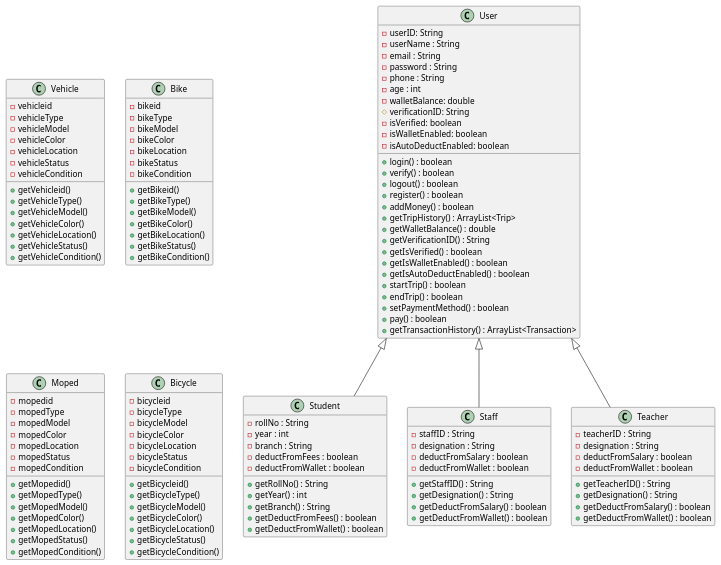
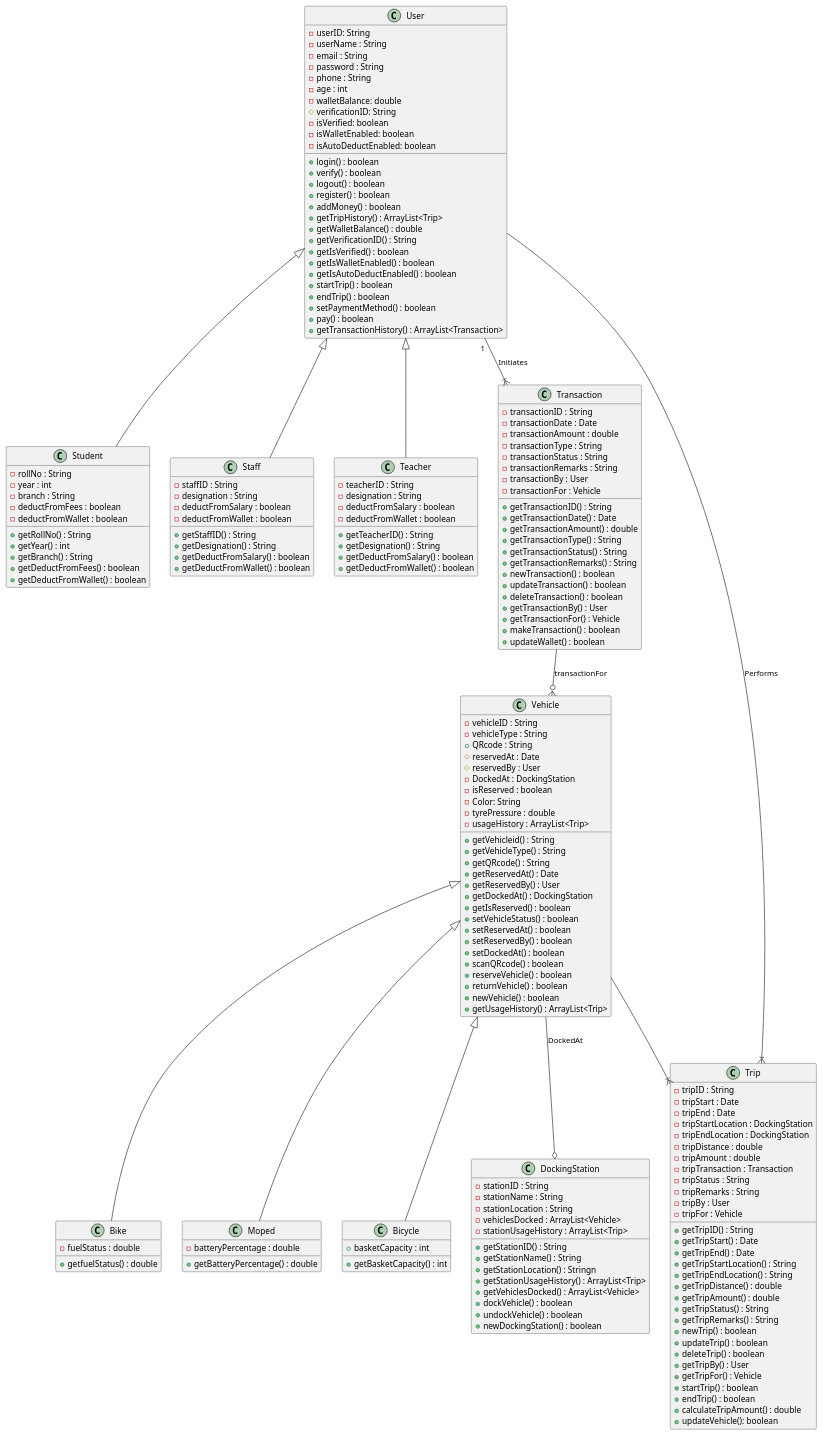
Before and after one commit to ROHIT32767/Smart-Vehicle-Booking-System: the diagram in A1.puml, drawn with PlantUML.

Commit message:
Refactor vehicle classes and add new classes for docking station, transaction, and trip

```diff
--- a/A1.puml
+++ b/A1.puml
@@ -40,129 +40,186 @@
 @startuml
 class User{
     - userID: String 
     - userName : String
     - email : String
     - password : String
     - phone : String
     - age : int
     - walletBalance: double
     # verificationID: String
     - isVerified: boolean
     - isWalletEnabled: boolean
     - isAutoDeductEnabled: boolean
     +login() : boolean
     +verify() : boolean
     +logout() : boolean
     +register() : boolean
     +addMoney() : boolean
     +getTripHistory() : ArrayList<Trip>
     +getWalletBalance() : double
     +getVerificationID() : String
     +getIsVerified() : boolean
     +getIsWalletEnabled() : boolean
     +getIsAutoDeductEnabled() : boolean
     +startTrip() : boolean
     +endTrip() : boolean
     +setPaymentMethod() : boolean
     +pay() : boolean
     +getTransactionHistory() : ArrayList<Transaction>
 }
 class Student extends User{
     - rollNo : String
     - year : int
     - branch : String
     - deductFromFees : boolean
     - deductFromWallet : boolean
     +getRollNo() : String
     +getYear() : int
     +getBranch() : String
     +getDeductFromFees() : boolean
     +getDeductFromWallet() : boolean
 }
 class Staff extends User{
     - staffID : String
     - designation : String
     - deductFromSalary : boolean
     - deductFromWallet : boolean
     +getStaffID() : String
     +getDesignation() : String
     +getDeductFromSalary() : boolean
     +getDeductFromWallet() : boolean
 }
 class Teacher extends User{
     - teacherID : String
     - designation : String
     - deductFromSalary : boolean
     - deductFromWallet : boolean
     +getTeacherID() : String
     +getDesignation() : String
     +getDeductFromSalary() : boolean
     +getDeductFromWallet() : boolean
 }
+
 class Vehicle{
-    -vehicleid
-    -vehicleType
-    -vehicleModel
-    -vehicleColor
-    -vehicleLocation
-    -vehicleStatus
-    -vehicleCondition
-    +getVehicleid()
-    +getVehicleType()
-    +getVehicleModel()
-    +getVehicleColor()
-    +getVehicleLocation()
-    +getVehicleStatus()
-    +getVehicleCondition()
+    -vehicleID : String
+    -vehicleType : String
+    + QRcode : String
+    # reservedAt : Date
+    # reservedBy : User
+    - DockedAt : DockingStation
+    - isReserved : boolean
+    - Color: String
+    - tyrePressure : double
+    - usageHistory : ArrayList<Trip>
+    +getVehicleid() : String
+    +getVehicleType() : String
+    +getQRcode() : String
+    +getReservedAt() : Date
+    +getReservedBy() : User
+    +getDockedAt() : DockingStation
+    +getIsReserved() : boolean
+    +setVehicleStatus() : boolean
+    +setReservedAt() : boolean
+    +setReservedBy() : boolean
+    +setDockedAt() : boolean
+    +scanQRcode() : boolean
+    +reserveVehicle() : boolean
+    +returnVehicle() : boolean
+    +newVehicle() : boolean
+    +getUsageHistory() : ArrayList<Trip>
 }
-class Bike{
-    -bikeid
-    -bikeType
-    -bikeModel
-    -bikeColor
-    -bikeLocation
-    -bikeStatus
-    -bikeCondition
-    +getBikeid()
-    +getBikeType()
-    +getBikeModel()
-    +getBikeColor()
-    +getBikeLocation()
-    +getBikeStatus()
-    +getBikeCondition()
+class Bike extends Vehicle{
+    - fuelStatus : double
+    + getfuelStatus() : double
 }
-class Moped{
-    -mopedid
-    -mopedType
-    -mopedModel
-    -mopedColor
-    -mopedLocation
-    -mopedStatus
-    -mopedCondition
-    +getMopedid()
-    +getMopedType()
-    +getMopedModel()
-    +getMopedColor()
-    +getMopedLocation()
-    +getMopedStatus()
-    +getMopedCondition()
+class Moped extends Vehicle{
+    - batteryPercentage : double
+    + getBatteryPercentage() : double
 }
-class Bicycle{
-    -bicycleid
-    -bicycleType
-    -bicycleModel
-    -bicycleColor
-    -bicycleLocation
-    -bicycleStatus
-    -bicycleCondition
-    +getBicycleid()
-    +getBicycleType()
-    +getBicycleModel()
-    +getBicycleColor()
-    +getBicycleLocation()
-    +getBicycleStatus()
-    +getBicycleCondition()
+class Bicycle extends Vehicle{
+    + basketCapacity : int
+    + getBasketCapacity() : int
 }
+
+class DockingStation{
+    - stationID : String
+    - stationName : String
+    - stationLocation : String
+    - vehiclesDocked : ArrayList<Vehicle>
+    - stationUsageHistory : ArrayList<Trip>
+    + getStationID() : String
+    + getStationName() : String
+    + getStationLocation() : Stringn
+    + getStationUsageHistory() : ArrayList<Trip>
+    + getVehiclesDocked() : ArrayList<Vehicle>
+    + dockVehicle() : boolean
+    + undockVehicle() : boolean
+    + newDockingStation() : boolean
+}
+
+class Transaction{
+    - transactionID : String
+    - transactionDate : Date
+    - transactionAmount : double
+    - transactionType : String
+    - transactionStatus : String
+    - transactionRemarks : String
+    - transactionBy : User
+    - transactionFor : Vehicle
+    + getTransactionID() : String
+    + getTransactionDate() : Date
+    + getTransactionAmount() : double
+    + getTransactionType() : String
+    + getTransactionStatus() : String
+    + getTransactionRemarks() : String
+    + newTransaction() : boolean
+    + updateTransaction() : boolean
+    + deleteTransaction() : boolean
+    + getTransactionBy() : User
+    + getTransactionFor() : Vehicle
+    + makeTransaction() : boolean
+    + updateWallet() : boolean
+}
+
+class Trip{
+    - tripID : String
+    - tripStart : Date
+    - tripEnd : Date
+    - tripStartLocation : DockingStation
+    - tripEndLocation : DockingStation
+    - tripDistance : double
+    - tripAmount : double
+    - tripTransaction : Transaction
+    - tripStatus : String
+    - tripRemarks : String
+    - tripBy : User
+    - tripFor : Vehicle
+    + getTripID() : String
+    + getTripStart() : Date
+    + getTripEnd() : Date
+    + getTripStartLocation() : String
+    + getTripEndLocation() : String
+    + getTripDistance() : double
+    + getTripAmount() : double
+    + getTripStatus() : String
+    + getTripRemarks() : String
+    + newTrip() : boolean
+    + updateTrip() : boolean
+    + deleteTrip() : boolean
+    + getTripBy() : User
+    + getTripFor() : Vehicle
+    + startTrip() : boolean
+    + endTrip() : boolean
+    + calculateTripAmount() : double
+    + updateVehicle(): boolean
+}
+
+User " 1 "--|{ Transaction: Initiates
+User --|{ Trip: Performs
+Vehicle --|{ Trip
+Vehicle --o DockingStation: DockedAt
+Transaction --o{ Vehicle: transactionFor
+
 
 
 @enduml
```
